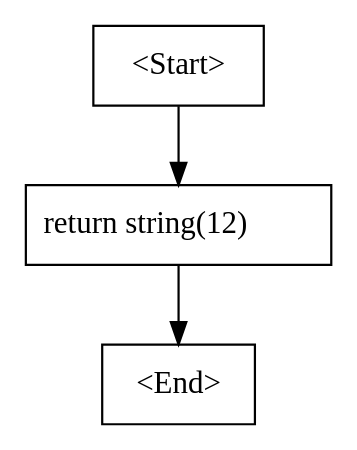
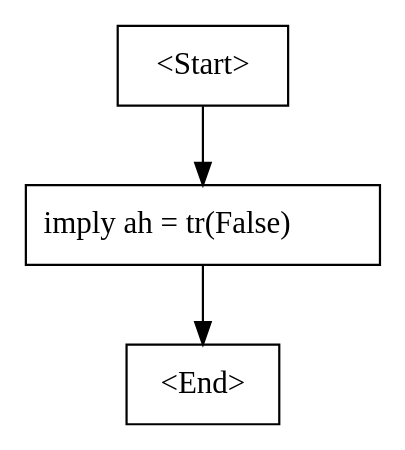
One commit to WaifuShork/Quartz changed the diagram in src/Vivian/bin/Debug/net5.0/win-x64/cfg.dot. Above: the diagram before and after it, drawn with Graphviz. The commit also changed 55 other files, not shown here.

```diff
--- a/src/Vivian/bin/Debug/net5.0/win-x64/cfg.dot
+++ b/src/Vivian/bin/Debug/net5.0/win-x64/cfg.dot
@@ -1,7 +1,7 @@
 digraph G {
     N0 [label = "<Start>" shape = box]
-    N1 [label = "return string(12)\l" shape = box]
+    N1 [label = "imply ah = tr(False)\l" shape = box]
     N2 [label = "<End>" shape = box]
     N0 -> N1 [label = ""]
     N1 -> N2 [label = ""]
 }
```
